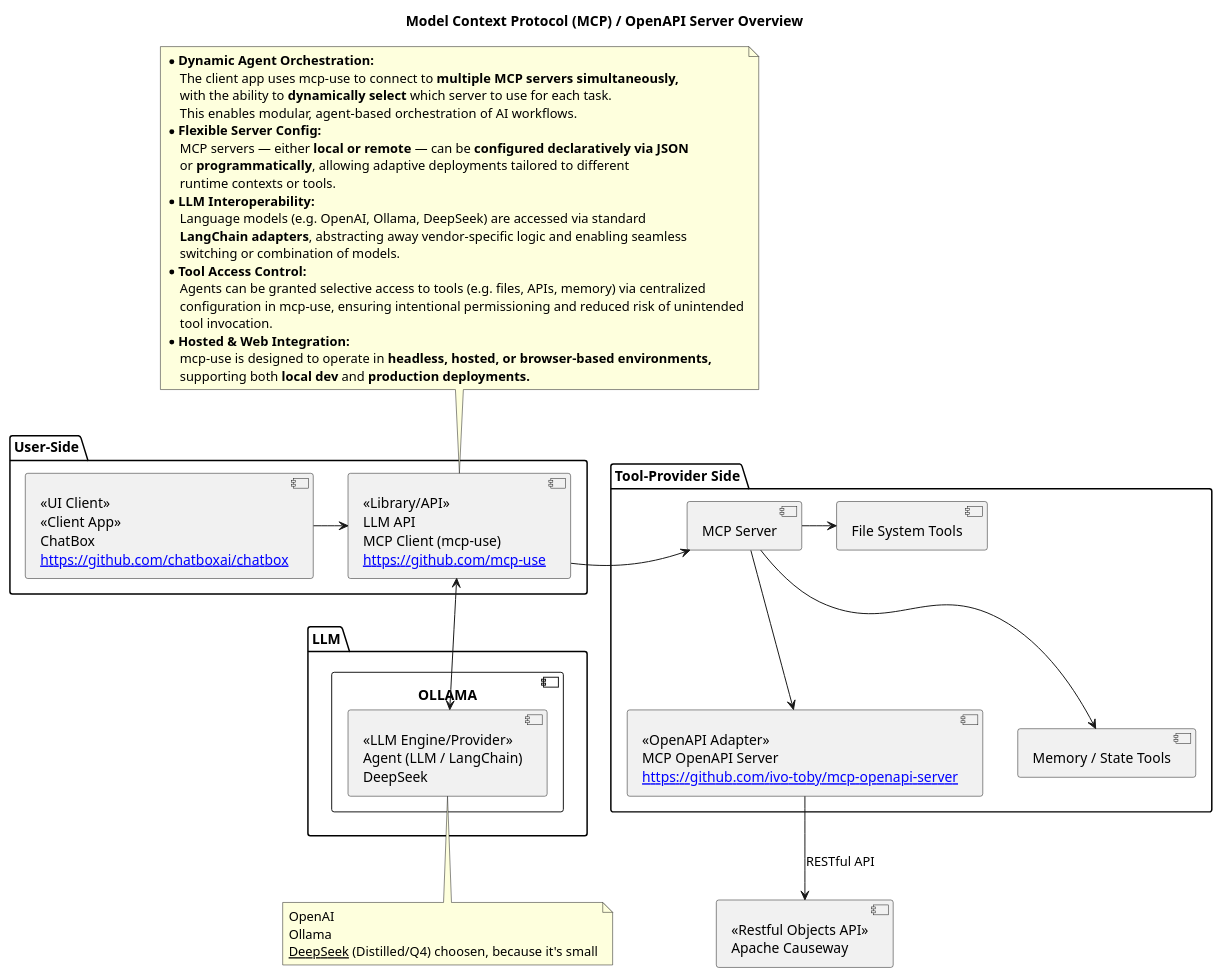
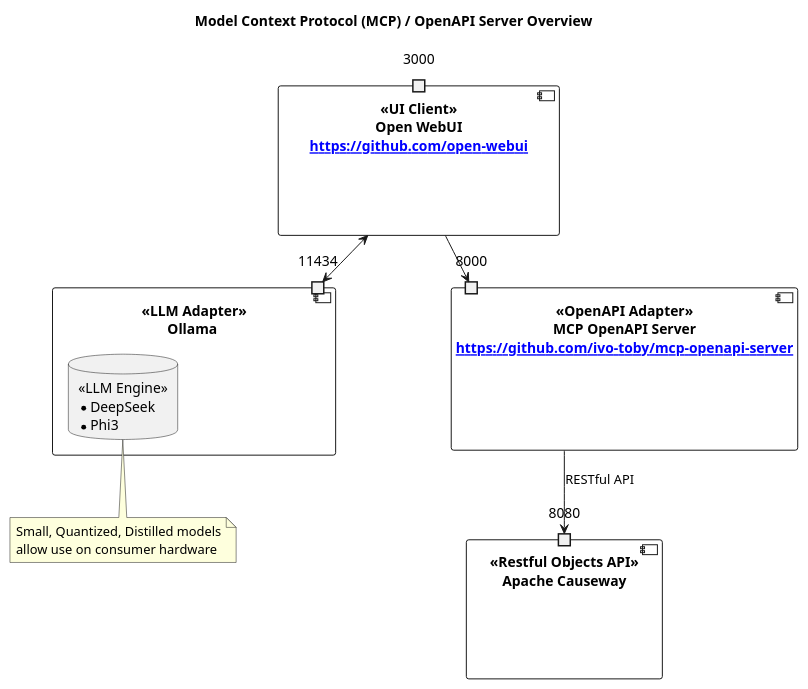
Before and after one commit to joerg-rade/chatoo: the diagram in docs/components.puml, drawn with PlantUML. The commit also changed 12 other files, not shown here.

```diff
--- a/docs/components.puml
+++ b/docs/components.puml
@@ -1,55 +1,52 @@
 @startuml
 title Model Context Protocol (MCP) / OpenAPI Server Overview
 
-package "User-Side" {
-      component "<<UI Client>>\n<<Client App>>\nChatBox\n[[https://github.com/chatboxai/chatbox]]" as UI
-      component "<<Library/API>>\nLLM API\nMCP Client (mcp-use)\n[[https://github.com/mcp-use]]" as LLMAPI
-      UI -r-> LLMAPI
+component "<<UI Client>>\nOpen WebUI\n[[https://github.com/open-webui]]" as UI {
+    port "3000" as UIP
 }
 
-package "LLM" {
-    component OLLAMA {
-        [<<LLM Engine/Provider>>\nAgent (LLM / LangChain)\nDeepSeek] as MODEL
-        LLMAPI <--> MODEL
-    }
+component "<<LLM Adapter>>\nOllama " as OLLAMA {
+    port "11434" as OP
+    database "<<LLM Engine>>\n* DeepSeek\n* Phi3" as LLM
 }
 
-package "Tool-Provider Side" as TPS {
-    component "<<OpenAPI Adapter>>\nMCP OpenAPI Server\n[[https://github.com/ivo-toby/mcp-openapi-server]]" as OAA
-    [MCP Server] -d-> OAA
-    [MCP Server] -> [File System Tools]
-    [MCP Server] --> [Memory / State Tools]
+component "<<OpenAPI Adapter>>\nMCP OpenAPI Server\n[[https://github.com/ivo-toby/mcp-openapi-server]]" as OAA {
+    port "8000" as OAP
 }
-OAA -d-> [<<Restful Objects API>>\nApache Causeway] : "RESTful API"
 
-LLMAPI -> [MCP Server]
+component "<<Restful Objects API>>\nApache Causeway" as RO {
+    port "8080" as ROP
+}
 
-note bottom of MODEL
-    OpenAI
-    Ollama
-    <u>DeepSeek</u> (Distilled/Q4) choosen, because it's small
+OAA --> ROP : RESTful API
+UI <--> OP
+UI --> OAP
+
+note bottom of LLM
+    Small, Quantized, Distilled models
+    allow use on consumer hardware
 end note
 
-note top of LLMAPI
+/'note top of UI
 * <b>Dynamic Agent Orchestration:
     The client app uses mcp-use to connect to <b>multiple MCP servers simultaneously,
     with the ability to <b>dynamically select</b> which server to use for each task.
     This enables modular, agent-based orchestration of AI workflows.
 * <b>Flexible Server Config:
     MCP servers — either <b>local or remote</b> — can be <b>configured declaratively via JSON
     or <b>programmatically</b>, allowing adaptive deployments tailored to different
     runtime contexts or tools.
 * <b>LLM Interoperability:
     Language models (e.g. OpenAI, Ollama, DeepSeek) are accessed via standard
     <b>LangChain adapters</b>, abstracting away vendor-specific logic and enabling seamless
     switching or combination of models.
 * <b>Tool Access Control:
     Agents can be granted selective access to tools (e.g. files, APIs, memory) via centralized
     configuration in mcp-use, ensuring intentional permissioning and reduced risk of unintended
     tool invocation.
 * <b>Hosted & Web Integration:
     mcp-use is designed to operate in <b>headless, hosted, or browser-based environments,
     supporting both <b>local dev</b> and <b>production deployments.
 end note
 
 @enduml
```
